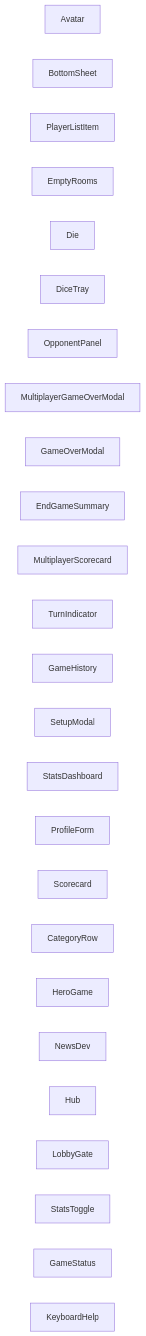
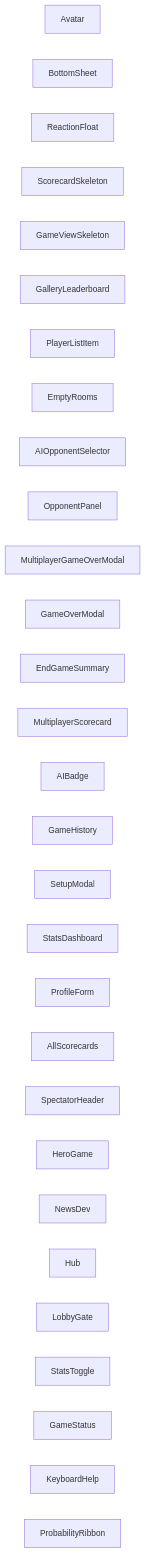
One commit to verlyn13/dicee changed the diagram in docs/architecture/akg/diagrams/COMPONENT_DEPENDENCIES.md. Above: the diagram before and after it, drawn with Mermaid. The commit also changed other lines of this file and 8 other files, not shown here.

First line of the commit message:
fix: Regenerate AKG diagrams with fresh discovery

````diff
--- a/docs/architecture/akg/diagrams/COMPONENT_DEPENDENCIES.md
+++ b/docs/architecture/akg/diagrams/COMPONENT_DEPENDENCIES.md
@@ -13,29 +13,33 @@
 ```mermaid
 flowchart LR
     component__Avatar__nts_ui_Avatar_svelte["Avatar"]
     component__BottomSheet__i_BottomSheet_sv["BottomSheet"]
+    component__ReactionFloat__ReactionFloat_["ReactionFloat"]
+    component__ScorecardSkeleton__ecardSkele["ScorecardSkeleton"]
+    component__GameViewSkeleton__eViewSkelet["GameViewSkeleton"]
+    component__GalleryLeaderboard__ryLeaderb["GalleryLeaderboard"]
     component__PlayerListItem__layerListItem["PlayerListItem"]
     component__EmptyRooms__by_EmptyRooms_sve["EmptyRooms"]
-    component__Die__ents_dice_Die_svelte["Die"]
-    component__DiceTray__dice_DiceTray_svelt["DiceTray"]
+    component__AIOpponentSelector__onentSele["AIOpponentSelector"]
     component__OpponentPanel__OpponentPanel_["OpponentPanel"]
     component__MultiplayerGameOverModal__Gam["MultiplayerGameOverModal"]
     component__GameOverModal__GameOverModal_["GameOverModal"]
     component__EndGameSummary__ndGameSummary["EndGameSummary"]
     component__MultiplayerScorecard__ayerSco["MultiplayerScorecard"]
-    component__TurnIndicator__TurnIndicator_["TurnIndicator"]
+    component__AIBadge___game_AIBadge_svelte["AIBadge"]
     component__GameHistory__e_GameHistory_sv["GameHistory"]
     component__SetupModal__le_SetupModal_sve["SetupModal"]
     component__StatsDashboard__tatsDashboard["StatsDashboard"]
     component__ProfileForm__e_ProfileForm_sv["ProfileForm"]
-    component__Scorecard__ard_Scorecard_svel["Scorecard"]
-    component__CategoryRow__d_CategoryRow_sv["CategoryRow"]
+    component__AllScorecards__AllScorecards_["AllScorecards"]
+    component__SpectatorHeader__ectatorHeade["SpectatorHeader"]
     component__HeroGame___hub_HeroGame_svelt["HeroGame"]
     component__NewsDev__s_hub_NewsDev_svelte["NewsDev"]
     component__Hub__nents_hub_Hub_svelte["Hub"]
     component__LobbyGate__hub_LobbyGate_svel["LobbyGate"]
     component__StatsToggle__d_StatsToggle_sv["StatsToggle"]
     component__GameStatus__ud_GameStatus_sve["GameStatus"]
     component__KeyboardHelp___KeyboardHelp_s["KeyboardHelp"]
+    component__ProbabilityRibbon__abilityRib["ProbabilityRibbon"]
 
 ```
````
